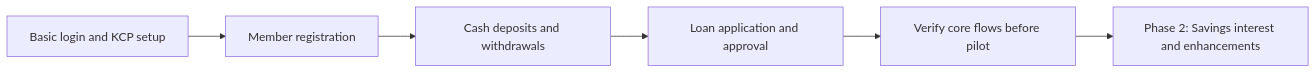
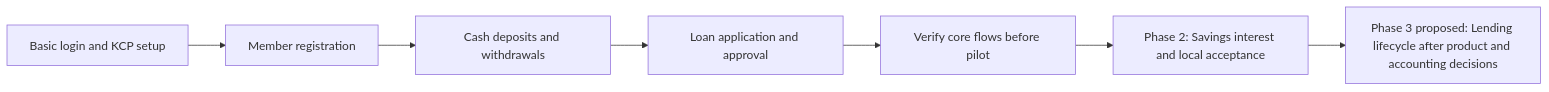
Before and after one commit to dhany007/credit-union: the diagram in docs/roadmap.md, drawn with Mermaid. The commit also changed other lines of this file and 3 other files, not shown here.

````diff
--- a/docs/roadmap.md
+++ b/docs/roadmap.md
@@ -16,8 +16,9 @@
 ```mermaid
 flowchart LR
     setup["Basic login and KCP setup"] --> members["Member registration"]
     members --> cash["Cash deposits and withdrawals"]
     cash --> loans["Loan application and approval"]
     loans --> check["Verify core flows before pilot"]
-    check --> later["Phase 2: Savings interest and enhancements"]
+    check --> later["Phase 2: Savings interest and local acceptance"]
+    later --> phase3["Phase 3 proposed: Lending lifecycle after product and accounting decisions"]
 ```
````
